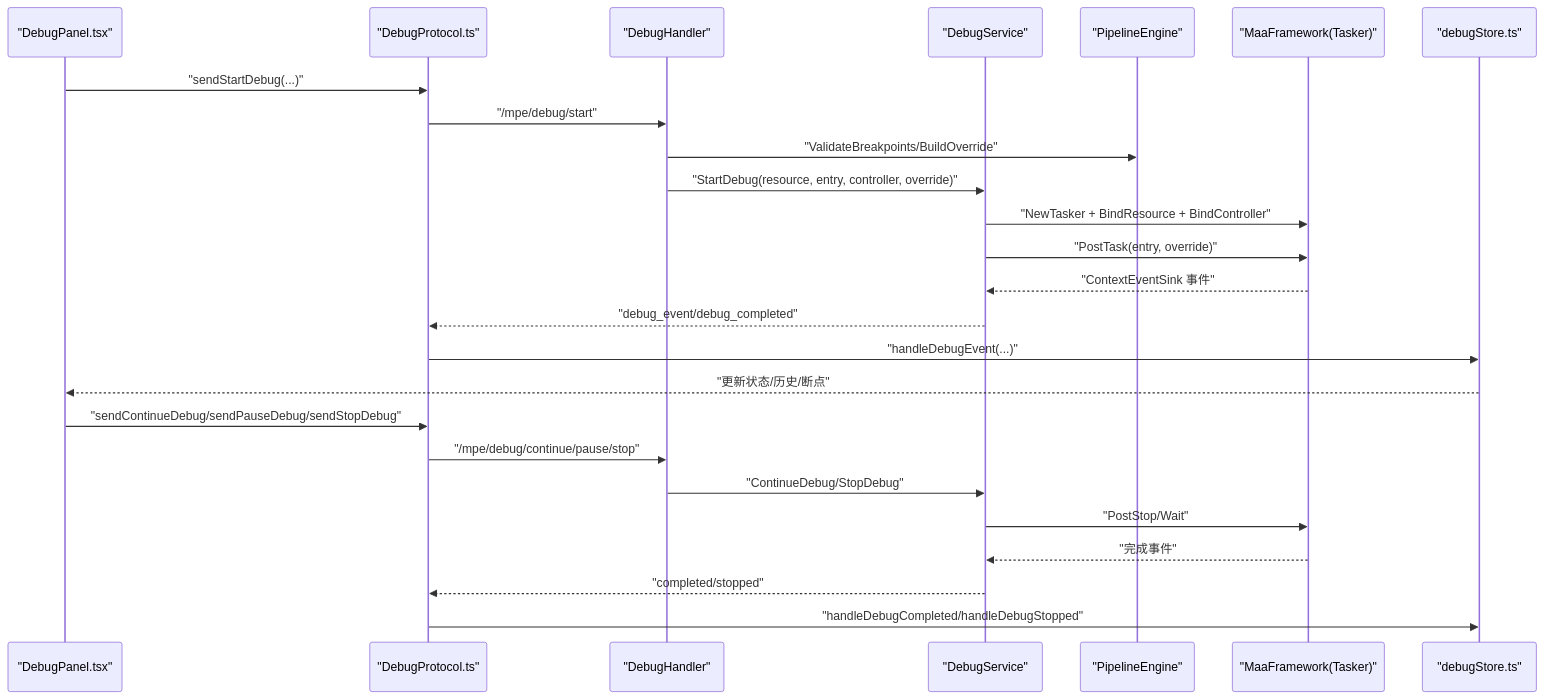
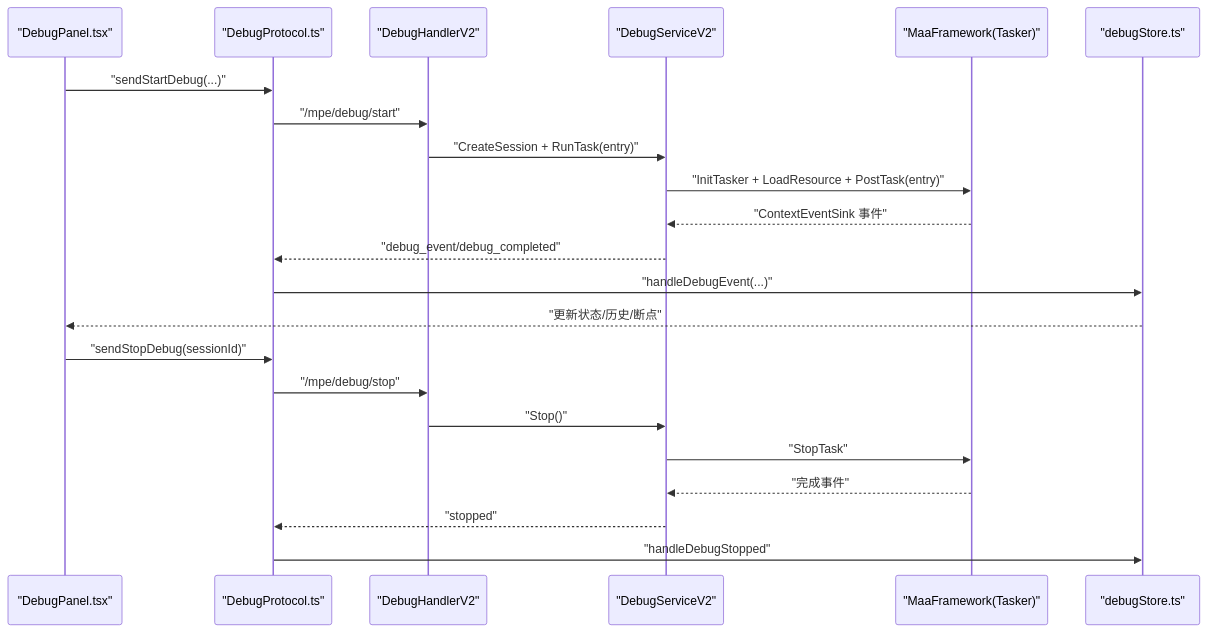
The second of 3 diagrams in .qoder/repowiki/zh/content/核心概念/调试框架.md (kqcoxn/MaaPipelineEditor), drawn with Mermaid before and after one commit. The commit also changed other lines of this file and 10 other files, not shown here.

````diff
--- a/.qoder/repowiki/zh/content/核心概念/调试框架.md
+++ b/.qoder/repowiki/zh/content/核心概念/调试框架.md
@@ -124,27 +99,24 @@
 ```mermaid
 sequenceDiagram
 participant UI as "DebugPanel.tsx"
 participant Proto as "DebugProtocol.ts"
-participant Handler as "DebugHandler"
-participant Svc as "DebugService"
-participant Engine as "PipelineEngine"
+participant Handler as "DebugHandlerV2"
+participant Svc as "DebugServiceV2"
 participant FW as "MaaFramework(Tasker)"
 participant UI2 as "debugStore.ts"
 UI->>Proto : "sendStartDebug(...)"
 Proto->>Handler : "/mpe/debug/start"
-Handler->>Engine : "ValidateBreakpoints/BuildOverride"
-Handler->>Svc : "StartDebug(resource, entry, controller, override)"
-Svc->>FW : "NewTasker + BindResource + BindController"
-Svc->>FW : "PostTask(entry, override)"
+Handler->>Svc : "CreateSession + RunTask(entry)"
+Svc->>FW : "InitTasker + LoadResource + PostTask(entry)"
 FW-->>Svc : "ContextEventSink 事件"
 Svc-->>Proto : "debug_event/debug_completed"
 Proto->>UI2 : "handleDebugEvent(...)"
 UI2-->>UI : "更新状态/历史/断点"
-UI->>Proto : "sendContinueDebug/sendPauseDebug/sendStopDebug"
-Proto->>Handler : "/mpe/debug/continue/pause/stop"
-Handler->>Svc : "ContinueDebug/StopDebug"
-Svc->>FW : "PostStop/Wait"
+UI->>Proto : "sendStopDebug(sessionId)"
+Proto->>Handler : "/mpe/debug/stop"
+Handler->>Svc : "Stop()"
+Svc->>FW : "StopTask"
 FW-->>Svc : "完成事件"
-Svc-->>Proto : "completed/stopped"
-Proto->>UI2 : "handleDebugCompleted/handleDebugStopped"
+Svc-->>Proto : "stopped"
+Proto->>UI2 : "handleDebugStopped"
 ```
````
